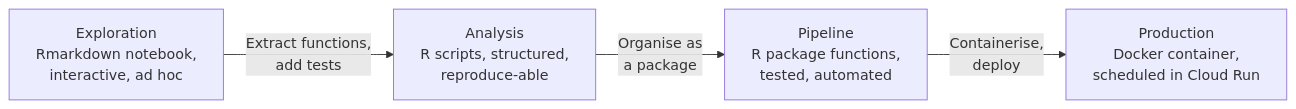
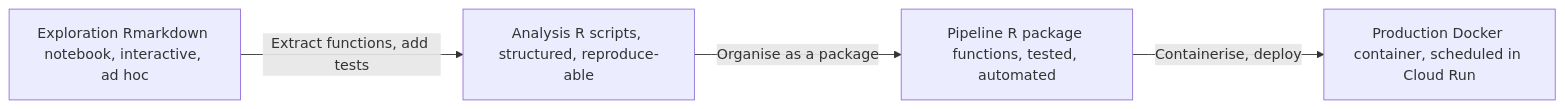
The second of 2 diagrams in docs/code-organisation.md (Ch3w3y/docker_gcp), drawn with Mermaid before and after one commit. The commit also changed other lines of this file and 10 other files, not shown here.

First line of the commit message:
Fix mermaid diagram rendering: replace literal \n with spaces

````diff
--- a/docs/code-organisation.md
+++ b/docs/code-organisation.md
@@ -55,11 +55,11 @@
 ```mermaid
 flowchart LR
-    E["Exploration\nRmarkdown notebook,\ninteractive, ad hoc"]
-    A["Analysis\nR scripts, structured,\nreproduce-able"]
-    P["Pipeline\nR package functions,\ntested, automated"]
-    PR["Production\nDocker container,\nscheduled in Cloud Run"]
+    E["Exploration Rmarkdown notebook, interactive, ad hoc"]
+    A["Analysis R scripts, structured, reproduce-able"]
+    P["Pipeline R package functions, tested, automated"]
+    PR["Production Docker container, scheduled in Cloud Run"]
 
-    E -->|"Extract functions,\nadd tests"| A
-    A -->|"Organise as\na package"| P
-    P -->|"Containerise,\ndeploy"| PR
+    E -->|"Extract functions, add tests"| A
+    A -->|"Organise as a package"| P
+    P -->|"Containerise, deploy"| PR
 ```
````
